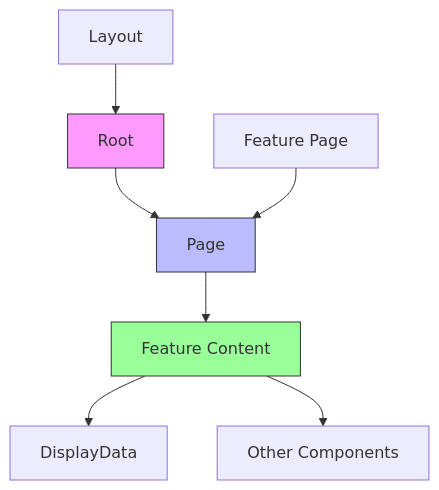
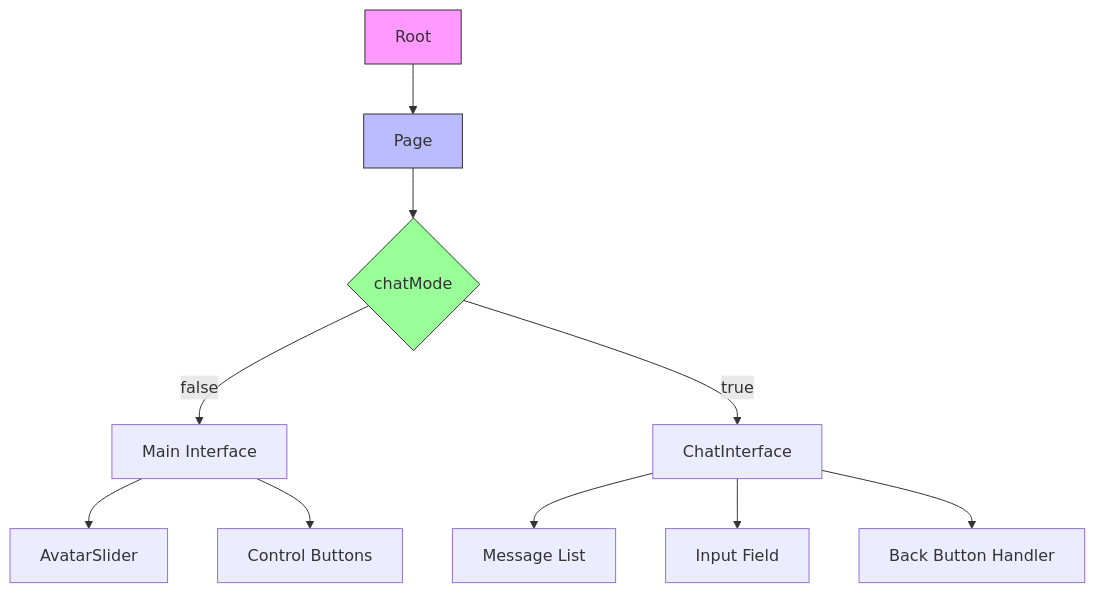
The third of 4 diagrams in .qoder/repowiki/en/content/API Reference/UI Components/Page Component.md (Miaterio/Passion-bot-2), drawn with Mermaid before and after one commit. The commit also changed other lines of this file and 6 other files, not shown here.

````diff
--- a/.qoder/repowiki/en/content/API Reference/UI Components/Page Component.md
+++ b/.qoder/repowiki/en/content/API Reference/UI Components/Page Component.md
@@ -76,12 +87,15 @@
 ```mermaid
 graph TD
 A[Root] --> B[Page]
-B --> C[Feature Content]
-C --> D[DisplayData]
-C --> E[Other Components]
-F[Layout] --> A
-G[Feature Page] --> B
+B --> C{chatMode}
+C --> |false| D[Main Interface]
+C --> |true| E[ChatInterface]
+D --> F[AvatarSlider]
+D --> G[Control Buttons]
+E --> H[Message List]
+E --> I[Input Field]
+E --> J[Back Button Handler]
 style A fill:#f9f,stroke:#333
 style B fill:#bbf,stroke:#333
 style C fill:#9f9,stroke:#333
 ```
````
